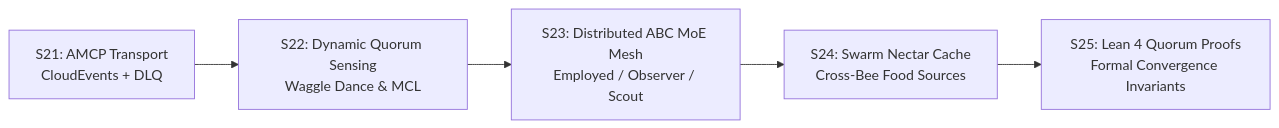
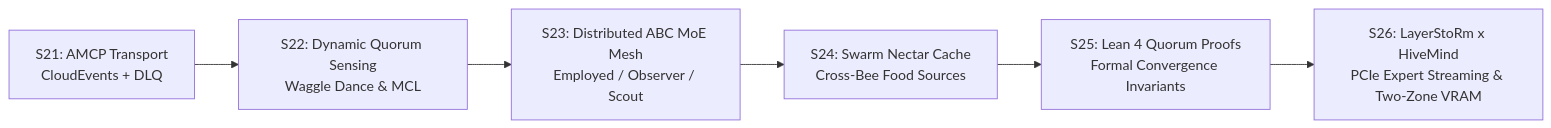
Before and after one commit to xaviercallens/HiveMind: the diagram in docs/ROADMAP_AMCP_AGENT_MESH_KAFKA_EVOLUTION.md, drawn with Mermaid. The commit also changed other lines of this file and 5 other files, not shown here.

Commit message:
feat(s25): add LayerStoRm x HiveMind PCIe expert streaming bridge, E19 prereg & collaboration roadmap

````diff
--- a/docs/ROADMAP_AMCP_AGENT_MESH_KAFKA_EVOLUTION.md
+++ b/docs/ROADMAP_AMCP_AGENT_MESH_KAFKA_EVOLUTION.md
@@ -35,7 +35,8 @@
 ```mermaid
 flowchart LR
     S21[S21: AMCP Transport<br>CloudEvents + DLQ] --> S22[S22: Dynamic Quorum Sensing<br>Waggle Dance & MCL]
     S22 --> S23[S23: Distributed ABC MoE Mesh<br>Employed / Observer / Scout]
     S23 --> S24[S24: Swarm Nectar Cache<br>Cross-Bee Food Sources]
     S24 --> S25[S25: Lean 4 Quorum Proofs<br>Formal Convergence Invariants]
+    S25 --> S26[S26: LayerStoRm x HiveMind<br>PCIe Expert Streaming & Two-Zone VRAM]
 ```
````
